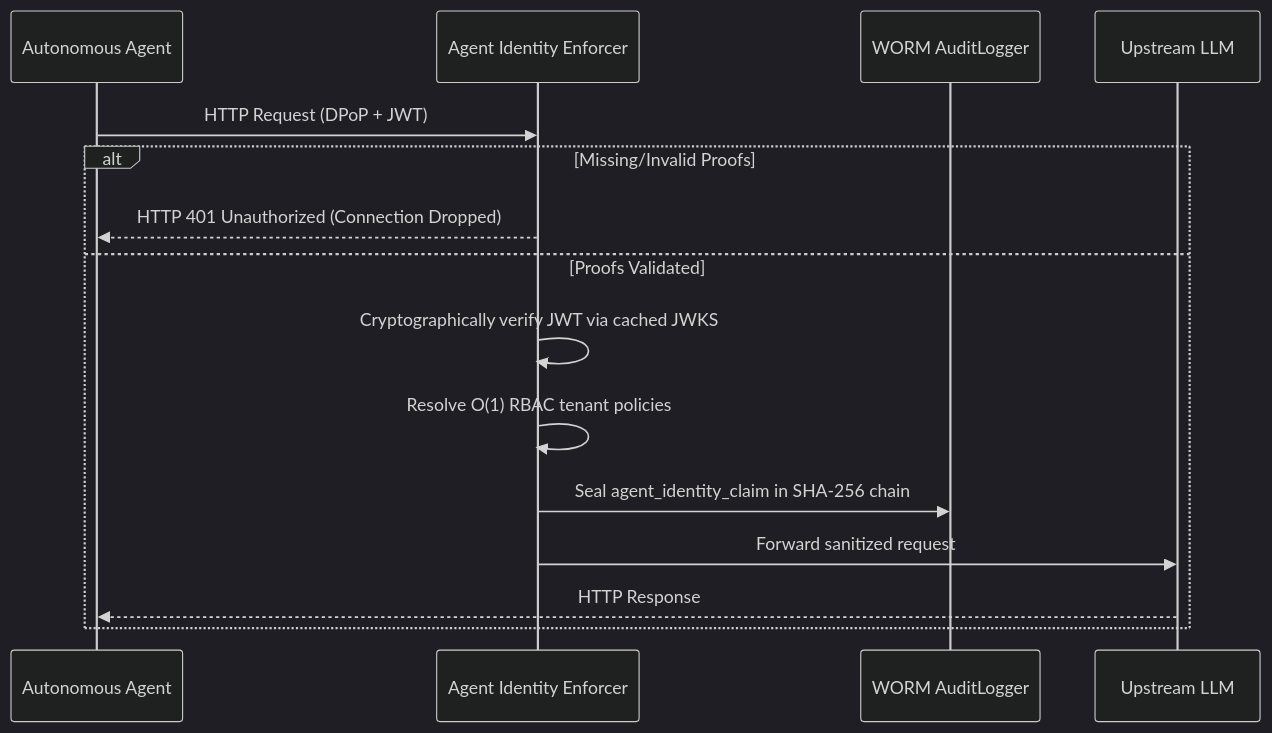
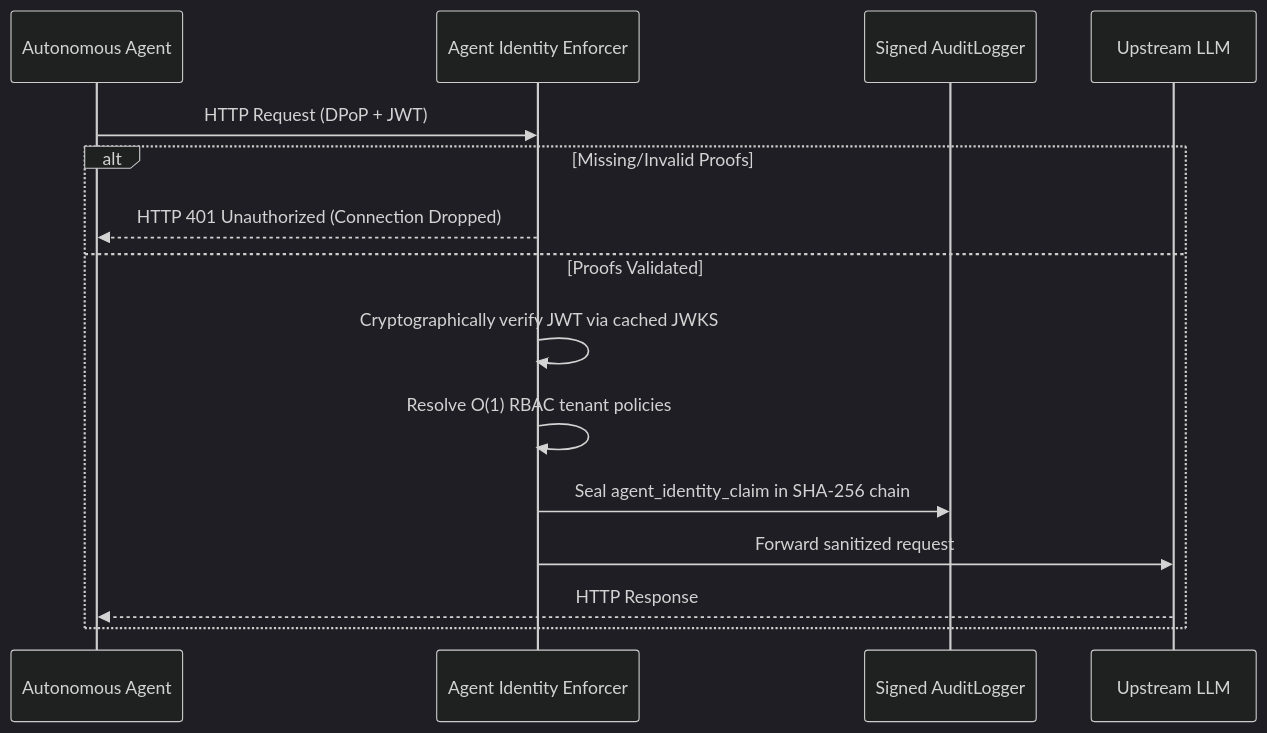
The diagram in website/docs/features/agent_identity_enforcer.md (ninadphalak/LLM-Shield-Proxy), drawn with Mermaid (dark theme) before and after one commit. The commit also changed other lines of this file and 103 other files, not shown here.

````diff
--- a/website/docs/features/agent_identity_enforcer.md
+++ b/website/docs/features/agent_identity_enforcer.md
@@ -13,19 +13,19 @@
 ```mermaid
 sequenceDiagram
     participant Agent as Autonomous Agent
     participant Enforcer as Agent Identity Enforcer
-    participant Audit as WORM AuditLogger
+    participant Audit as Signed AuditLogger
     participant LLM as Upstream LLM
 
     Agent->>Enforcer: HTTP Request (DPoP + JWT)
 
     alt Missing/Invalid Proofs
         Enforcer-->>Agent: HTTP 401 Unauthorized (Connection Dropped)
     else Proofs Validated
         Enforcer->>Enforcer: Cryptographically verify JWT via cached JWKS
         Enforcer->>Enforcer: Resolve O(1) RBAC tenant policies
         Enforcer->>Audit: Seal agent_identity_claim in SHA-256 chain
         Enforcer->>LLM: Forward sanitized request
         LLM-->>Agent: HTTP Response
     end
 ```
````
